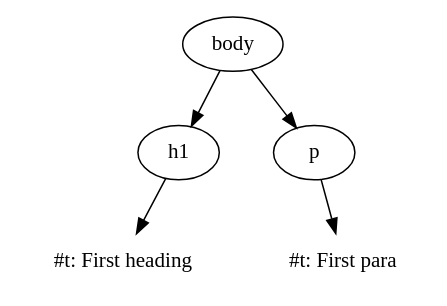
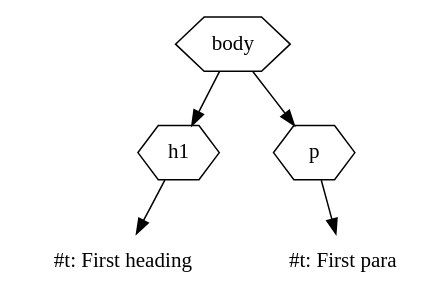
The eighth of 11 diagrams in courseware/week2/day1.org (nikclayton/web-courseware), drawn with Graphviz before and after one commit. The commit also changed other lines of this file and 1 other file, not shown here.

Commit message:
Use hexagons to represent HTML Element nodes in graphs.

```diff
--- a/courseware/week2/day1.org
+++ b/courseware/week2/day1.org
@@ -2809,11 +2816,12 @@
 #+BEGIN_SRC dot :file dom-add-para-1.svg :cmdline -Tsvg -Gstylesheet=../graphviz.css
 digraph G {
+  node [shape="hexagon"];
   body -> h1;
   h1 -> h1_content;
   h1_content [label="#t: First heading" shape="none"];
 
   body -> p;
   p -> p1_content;
   p1_content [label="#t: First para" shape="none"];
 }
 #+END_SRC
```
